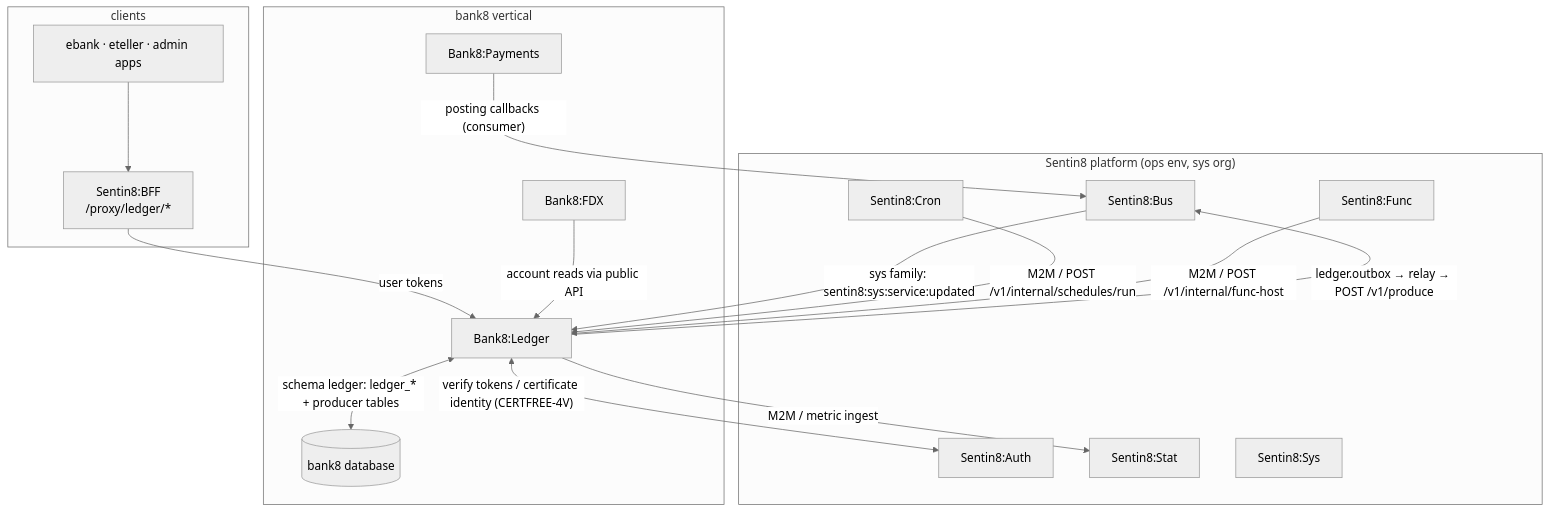
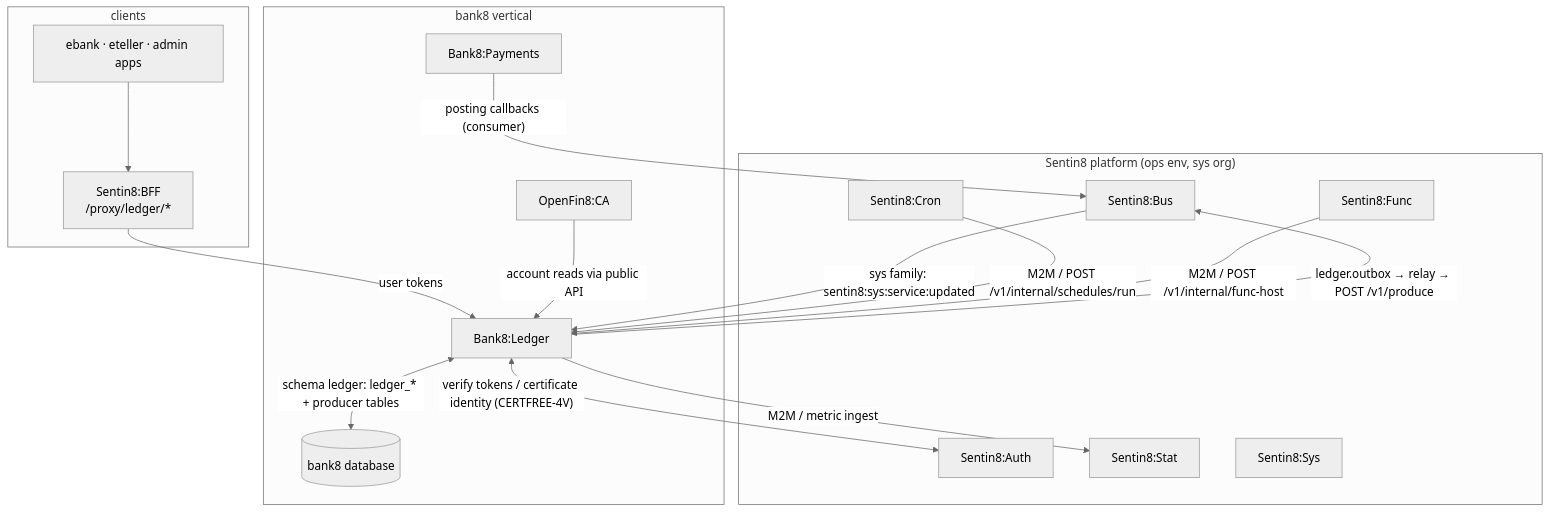
The first of 8 diagrams in DESIGN.md (Bank8-dev/bank8-ledger), drawn with Mermaid (neutral theme) before and after one commit.

Commit message:
refactor(FDXNAME-1): the open-banking references point at OpenFin8 (the retired bank8-fdx name purged tree-wide)

````diff
--- a/DESIGN.md
+++ b/DESIGN.md
@@ -19,31 +19,31 @@
 ```mermaid
 graph TD
     subgraph platform["Sentin8 platform (ops env, sys org)"]
         AUTH["Sentin8:Auth"]
         BUS["Sentin8:Bus"]
         CRON["Sentin8:Cron"]
         FUNC["Sentin8:Func"]
         STAT["Sentin8:Stat"]
         SYS["Sentin8:Sys"]
     end
     subgraph vertical["bank8 vertical"]
         LEDGER["Bank8:Ledger"]
         PAY["Bank8:Payments"]
-        FDX["Bank8:FDX"]
+        FDX["OpenFin8:CA"]
         PG[("bank8 database")]
     end
     subgraph clients
         BFF["Sentin8:BFF<br/>/proxy/ledger/*"]
         APPS["ebank · eteller · admin apps"]
     end
     APPS --> BFF -->|"user tokens"| LEDGER
     LEDGER <-->|"verify tokens / certificate identity (CERTFREE-4V)"| AUTH
     LEDGER -->|"ledger.outbox → relay → POST /v1/produce"| BUS
     BUS -->|"sys family: sentin8:sys:service:updated"| LEDGER
     CRON -->|"M2M / POST /v1/internal/schedules/run"| LEDGER
     FUNC -->|"M2M / POST /v1/internal/func-host"| LEDGER
     LEDGER -->|"M2M / metric ingest"| STAT
     PAY -->|"posting callbacks (consumer)"| BUS
     FDX -->|"account reads via public API"| LEDGER
     LEDGER <-->|"schema ledger: ledger_* + producer tables"| PG
 ```
````
